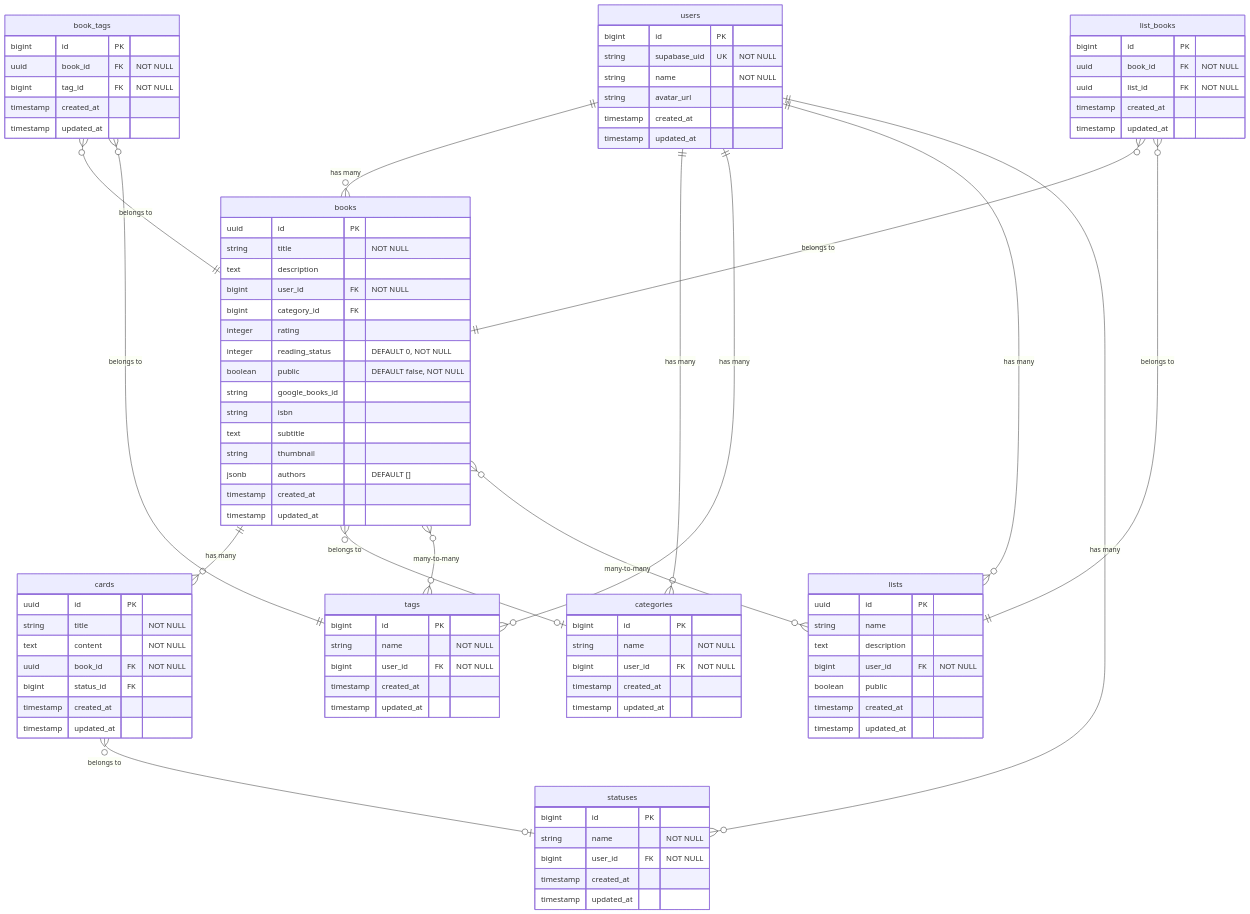
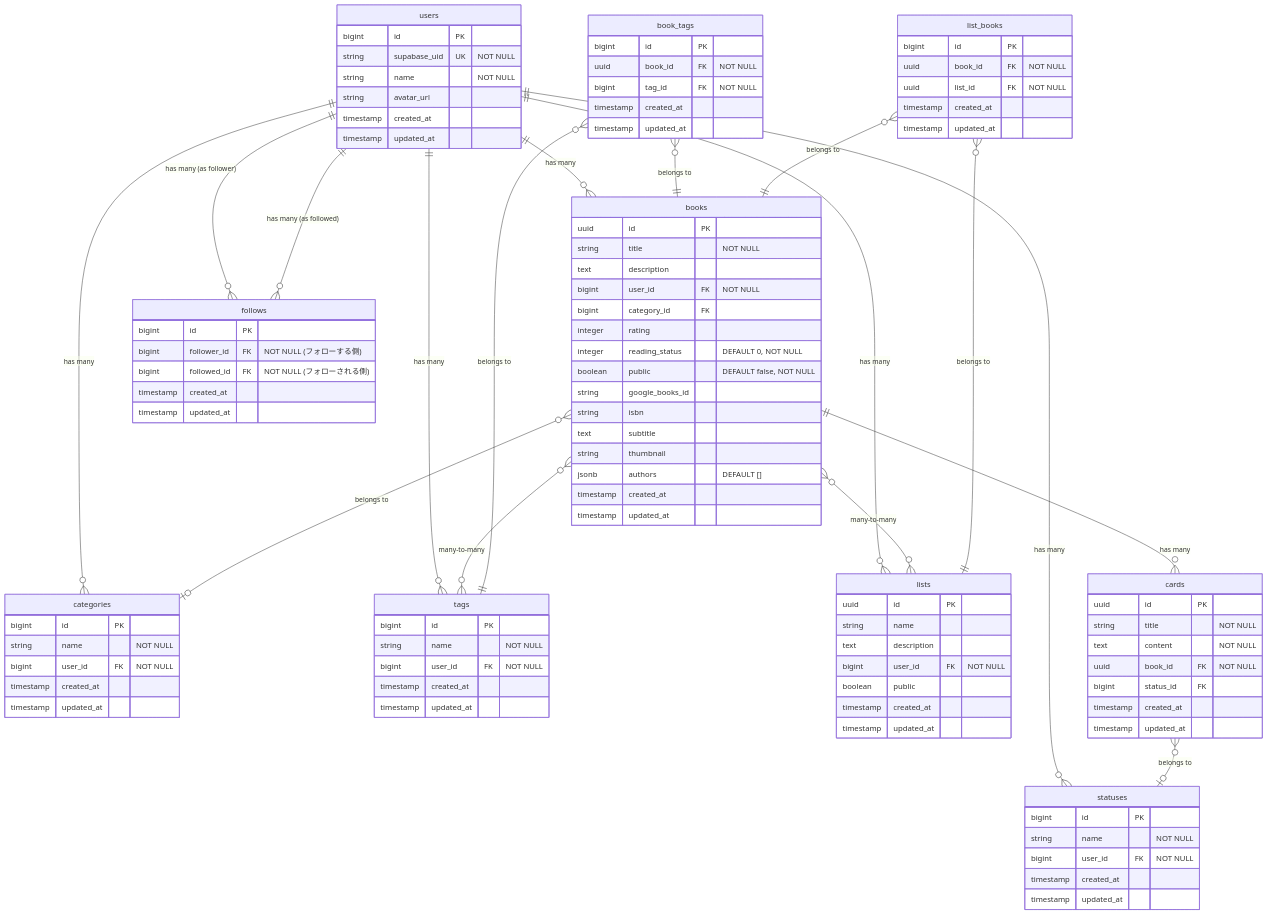
Before and after one commit to amami1625/pondana: the diagram in README.md, drawn with Mermaid.

Commit message:
docs: ER図にfollowsテーブルを追加

````diff
--- a/README.md
+++ b/README.md
@@ -112,6 +112,8 @@
     users ||--o{ tags : "has many"
     users ||--o{ lists : "has many"
     users ||--o{ statuses : "has many"
+    users ||--o{ follows : "has many (as follower)"
+    users ||--o{ follows : "has many (as followed)"
 
     books ||--o{ cards : "has many"
     books }o--o| categories : "belongs to"
@@ -212,4 +214,12 @@
         timestamp created_at
         timestamp updated_at
     }
+
+    follows {
+        bigint id PK
+        bigint follower_id FK "NOT NULL (フォローする側)"
+        bigint followed_id FK "NOT NULL (フォローされる側)"
+        timestamp created_at
+        timestamp updated_at
+    }
 ```
````
